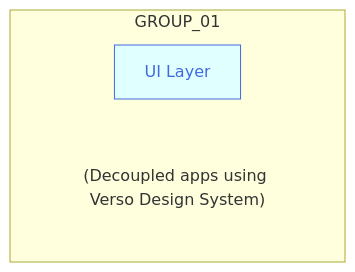
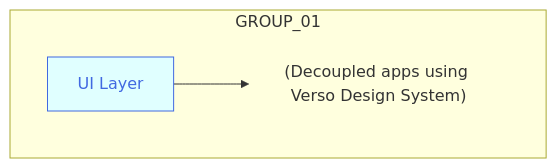
One commit to joe-dorward/samples changed the diagram in buttons_mermaid_v5.md. Above: the diagram before and after it, drawn with Mermaid.

````diff
--- a/buttons_mermaid_v5.md
+++ b/buttons_mermaid_v5.md
@@ -3,17 +3,22 @@
 ```mermaid
 
   flowchart TD
 
   classDef Button fill:lightcyan, stroke:royalblue, color:royalblue;
   classDef Note fill:transparent, stroke-width:0px
   %% ---------- ---------- ---------- ---------- ---------- ---------- ---------- ---------- ---------- ----------
   subgraph GROUP_01
     direction LR
 
     BUTTON_01["UI Layer"]:::Button
     click BUTTON_01 "https://en.wikipedia.org/wiki/Main_Page" _blank
     BUTTON_01_NOTE["(Decoupled apps using Verso Design System)"]:::Note
 
+BUTTON_01-->BUTTON_01_NOTE
   end
 
+
+
+
+
 ```
````
